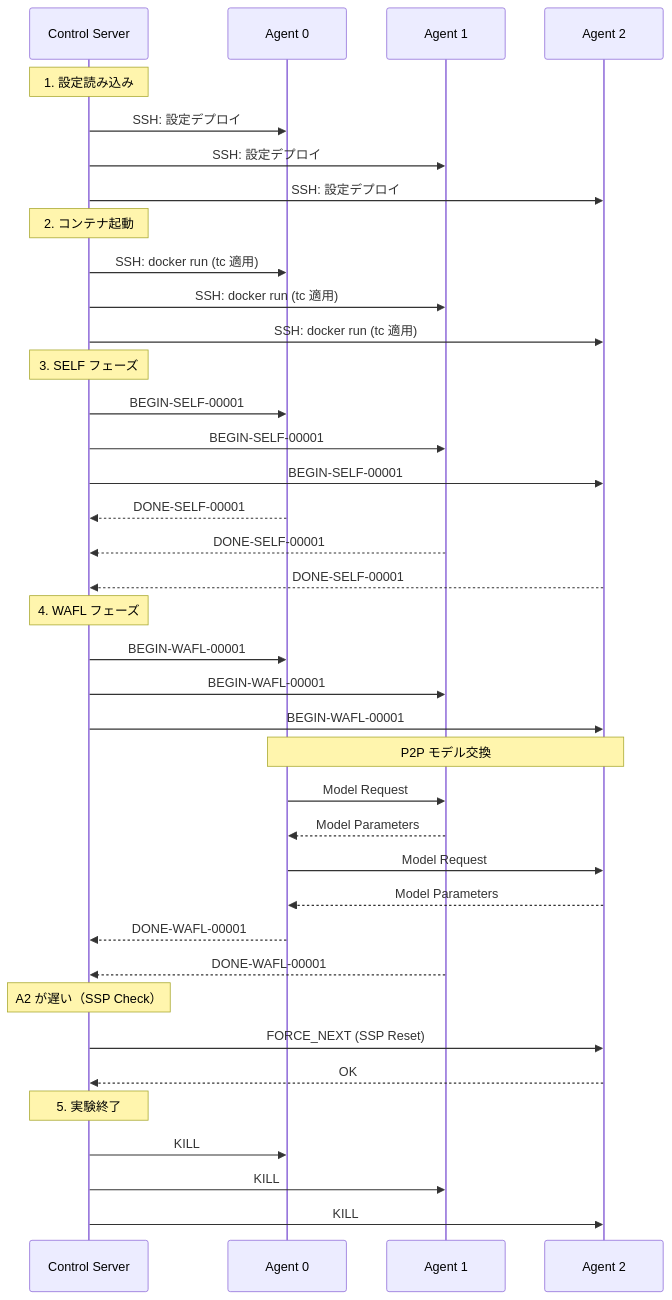
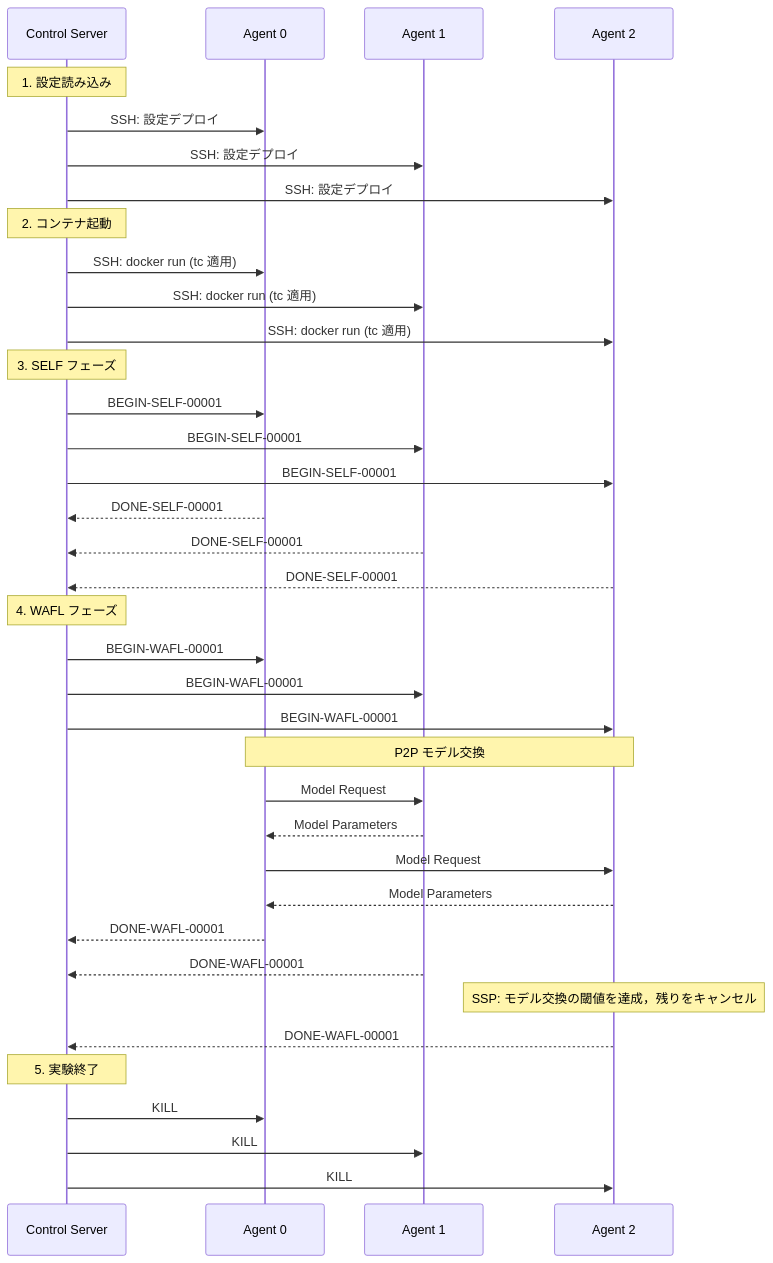
The sixth of 7 diagrams in WAFL-Testbed/docs/architecture.md (jo2lxq/wafl), drawn with Mermaid before and after one commit. The commit also changed other lines of this file and 19 other files, not shown here.

````diff
--- a/WAFL-Testbed/docs/architecture.md
+++ b/WAFL-Testbed/docs/architecture.md
@@ -299,47 +300,46 @@
 ```mermaid
 sequenceDiagram
     participant CS as Control Server
     participant A0 as Agent 0
     participant A1 as Agent 1
     participant A2 as Agent 2
 
     Note over CS: 1. 設定読み込み
     CS->>A0: SSH: 設定デプロイ
     CS->>A1: SSH: 設定デプロイ
     CS->>A2: SSH: 設定デプロイ
 
     Note over CS: 2. コンテナ起動
     CS->>A0: SSH: docker run (tc 適用)
     CS->>A1: SSH: docker run (tc 適用)
     CS->>A2: SSH: docker run (tc 適用)
 
     Note over CS: 3. SELF フェーズ
     CS->>A0: BEGIN-SELF-00001
     CS->>A1: BEGIN-SELF-00001
     CS->>A2: BEGIN-SELF-00001
     A0-->>CS: DONE-SELF-00001
     A1-->>CS: DONE-SELF-00001
     A2-->>CS: DONE-SELF-00001
 
     Note over CS: 4. WAFL フェーズ
     CS->>A0: BEGIN-WAFL-00001
     CS->>A1: BEGIN-WAFL-00001
     CS->>A2: BEGIN-WAFL-00001
 
     Note over A0,A2: P2P モデル交換
     A0->>A1: Model Request
     A1-->>A0: Model Parameters
     A0->>A2: Model Request
     A2-->>A0: Model Parameters
 
     A0-->>CS: DONE-WAFL-00001
     A1-->>CS: DONE-WAFL-00001
-    Note over CS: A2 が遅い（SSP Check）
-    CS->>A2: FORCE_NEXT (SSP Reset)
-    A2-->>CS: OK
+    Note over A2: SSP: モデル交換の閾値を達成，残りをキャンセル
+    A2-->>CS: DONE-WAFL-00001
 
     Note over CS: 5. 実験終了
     CS->>A0: KILL
     CS->>A1: KILL
     CS->>A2: KILL
 ```
````
